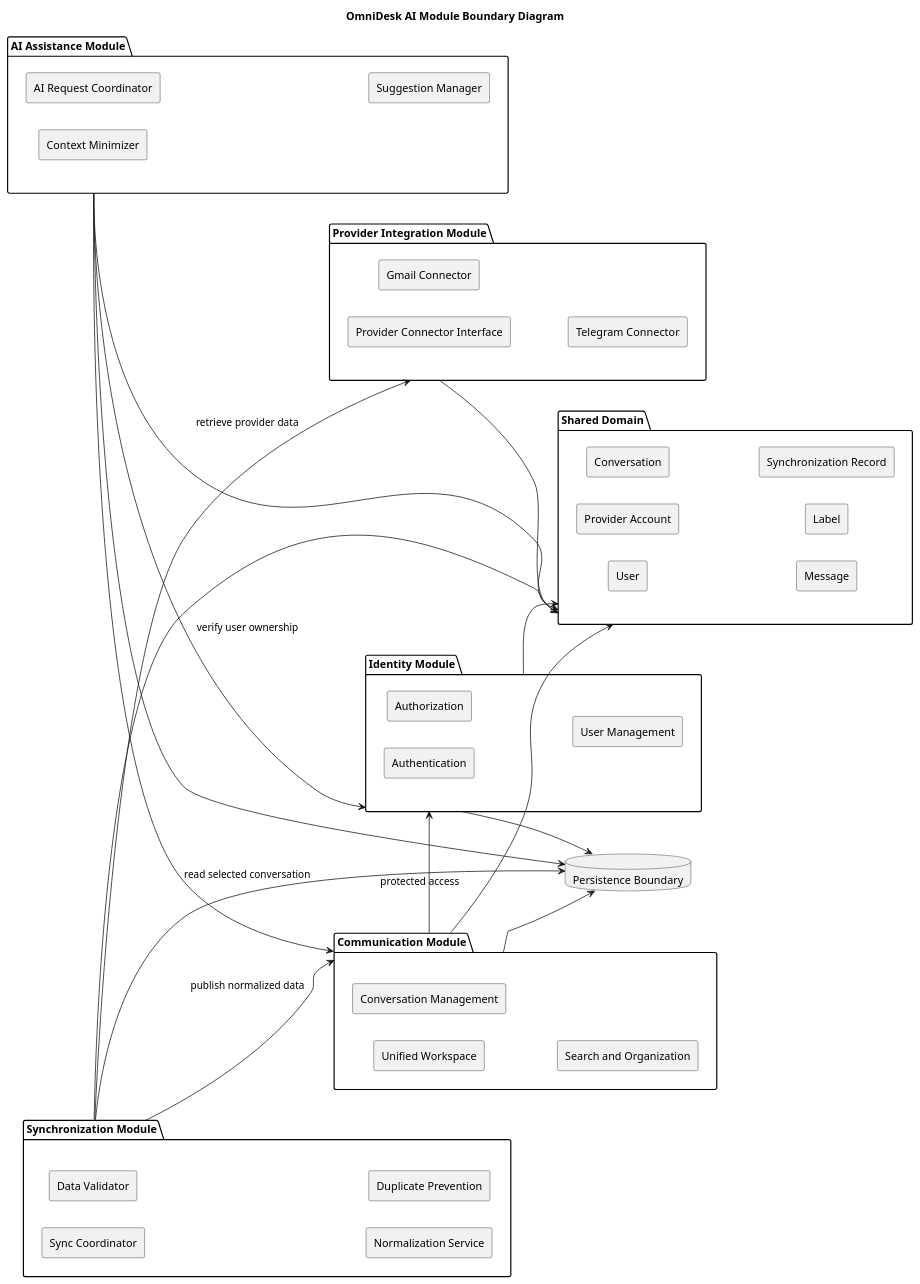
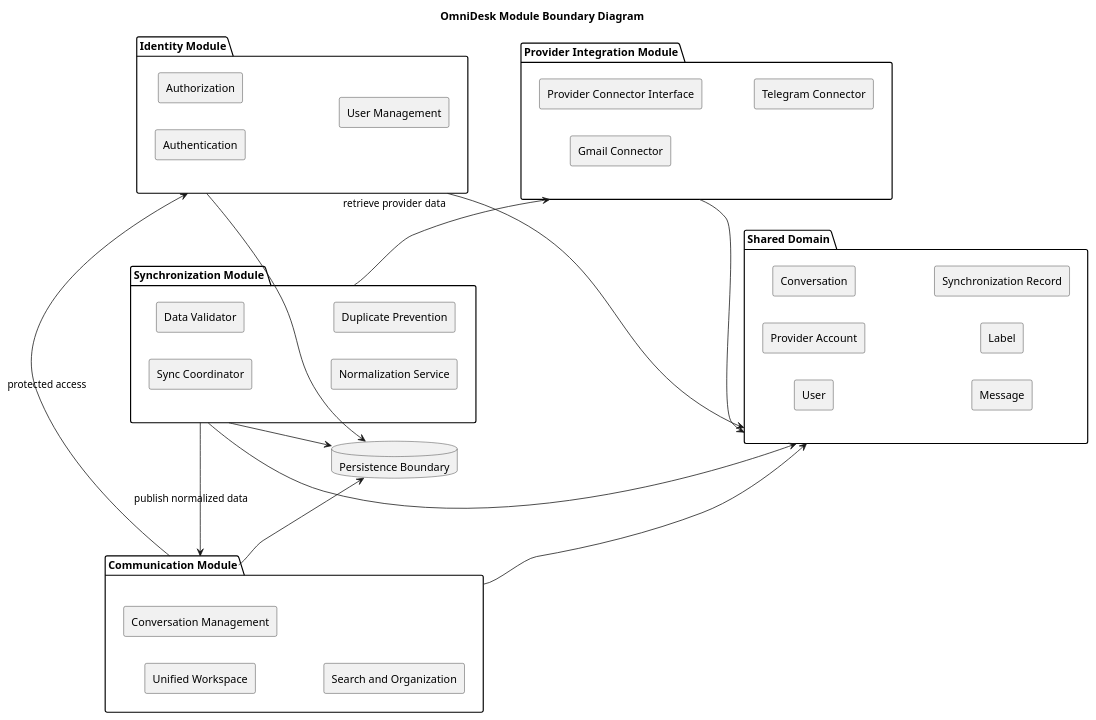
Before and after one commit to Farhad-Valizadegan/Web-OmniDesk: the diagram in docs/SDLC/04-system-design/diagrams/module-boundary-diagram.puml, drawn with PlantUML. The commit also changed 177 other files, not shown here.

Commit message:
Prepare OmniDesk MVP and secure per-user integrations

```diff
--- a/docs/SDLC/04-system-design/diagrams/module-boundary-diagram.puml
+++ b/docs/SDLC/04-system-design/diagrams/module-boundary-diagram.puml
@@ -1,66 +1,56 @@
 @startuml
-title OmniDesk AI Module Boundary Diagram
+title OmniDesk Module Boundary Diagram
 
 left to right direction
 skinparam componentStyle rectangle
 
 package "Identity Module" as Identity {
   component "Authentication"
   component "Authorization"
   component "User Management"
 }
 
 package "Communication Module" as Communication {
   component "Unified Workspace"
   component "Conversation Management"
   component "Search and Organization"
 }
 
 package "Synchronization Module" as Synchronization {
   component "Sync Coordinator"
   component "Data Validator"
   component "Normalization Service"
   component "Duplicate Prevention"
 }
 
 package "Provider Integration Module" as Providers {
   component "Provider Connector Interface"
   component "Gmail Connector"
   component "Telegram Connector"
 }
 
-package "AI Assistance Module" as AI {
-  component "AI Request Coordinator"
-  component "Context Minimizer"
-  component "Suggestion Manager"
-}
-
 package "Shared Domain" as Domain {
   component "User"
   component "Provider Account"
   component "Conversation"
   component "Message"
   component "Label"
   component "Synchronization Record"
 }
 
 database "Persistence Boundary" as Persistence
 
 Identity --> Domain
 Communication --> Domain
 Synchronization --> Domain
 Providers --> Domain
-AI --> Domain
 
 Communication --> Identity : protected access
 Synchronization --> Providers : retrieve provider data
 Synchronization --> Communication : publish normalized data
-AI --> Communication : read selected conversation
-AI --> Identity : verify user ownership
 
 Identity --> Persistence
 Communication --> Persistence
 Synchronization --> Persistence
-AI --> Persistence
 
 @enduml
```
